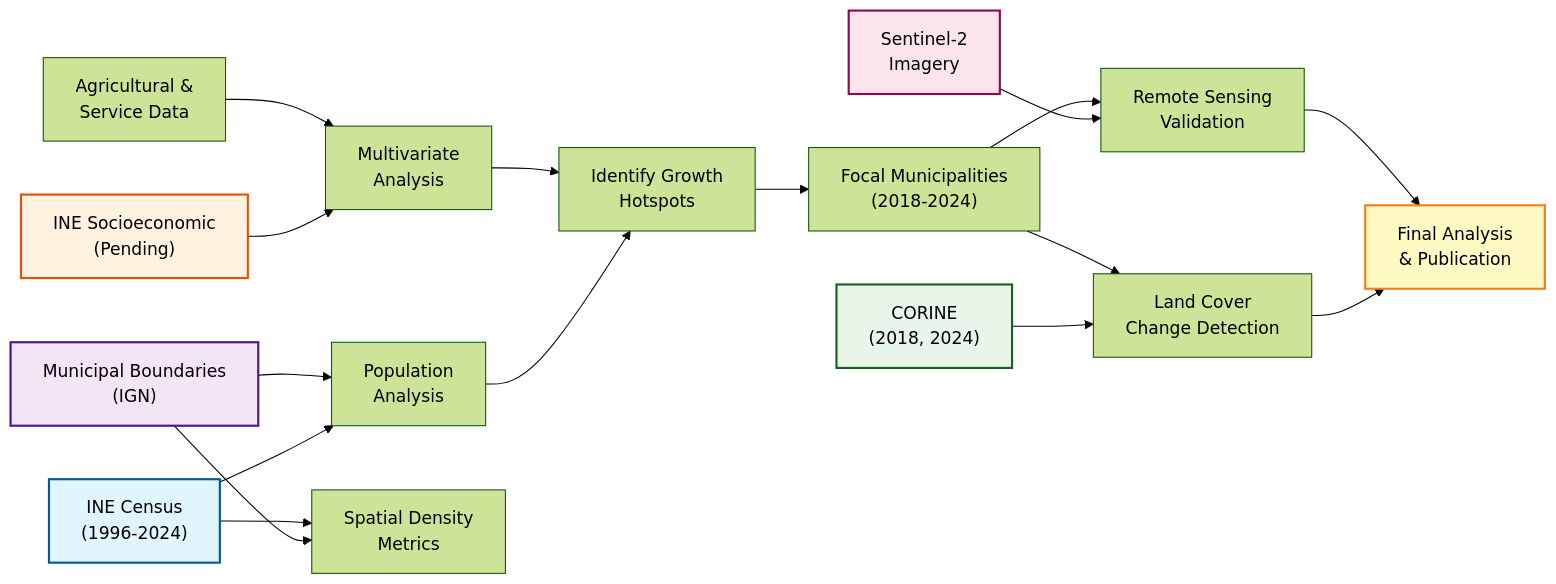
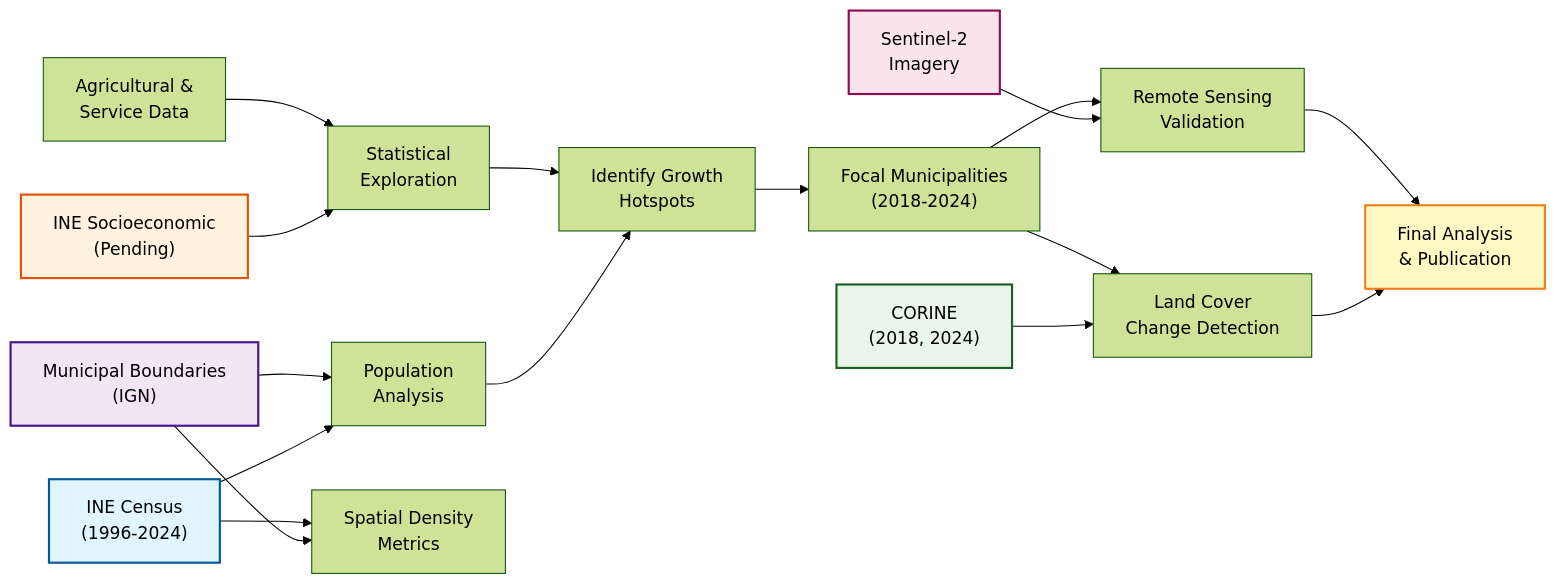
Before and after one commit to juanzotes/rural-migration-land-use-spain: the diagram in README.md, drawn with Mermaid (forest theme). The commit also changed other lines of this file, not shown here.

````diff
--- a/README.md
+++ b/README.md
@@ -46,25 +46,25 @@
 ```mermaid
 graph LR
     A["INE Census<br/>(1996-2024)"] --> B["Population<br/>Analysis"]
-    C["INE Socioeconomic<br/>(Pending)"] --> D["Multivariate<br/>Analysis"]
+    C["INE Socioeconomic<br/>(Pending)"] --> D["Statistical<br/>Exploration"]
     E["Municipal Boundaries<br/>(IGN)"] --> B
     E --> F["Spatial Density<br/>Metrics"]
     A --> F
     B --> G["Identify Growth<br/>Hotspots"]
     D --> G
     N["Agricultural &<br/>Service Data"] --> D
     G --> H["Focal Municipalities<br/>(2018-2024)"]
     I["CORINE<br/>(2018, 2024)"] --> J["Land Cover<br/>Change Detection"]
     K["Sentinel-2<br/>Imagery"] --> L["Remote Sensing<br/>Validation"]
     H --> J
     H --> L
     J --> M["Final Analysis<br/>& Publication"]
     L --> M
     
     style A fill:#e1f5ff,stroke:#01579b,stroke-width:2px,color:#000
     style C fill:#fff3e0,stroke:#e65100,stroke-width:2px,color:#000
     style E fill:#f3e5f5,stroke:#4a148c,stroke-width:2px,color:#000
     style I fill:#e8f5e9,stroke:#1b5e20,stroke-width:2px,color:#000
     style K fill:#fce4ec,stroke:#880e4f,stroke-width:2px,color:#000
     style M fill:#fff9c4,stroke:#f57f17,stroke-width:2px,color:#000
 ```
````
